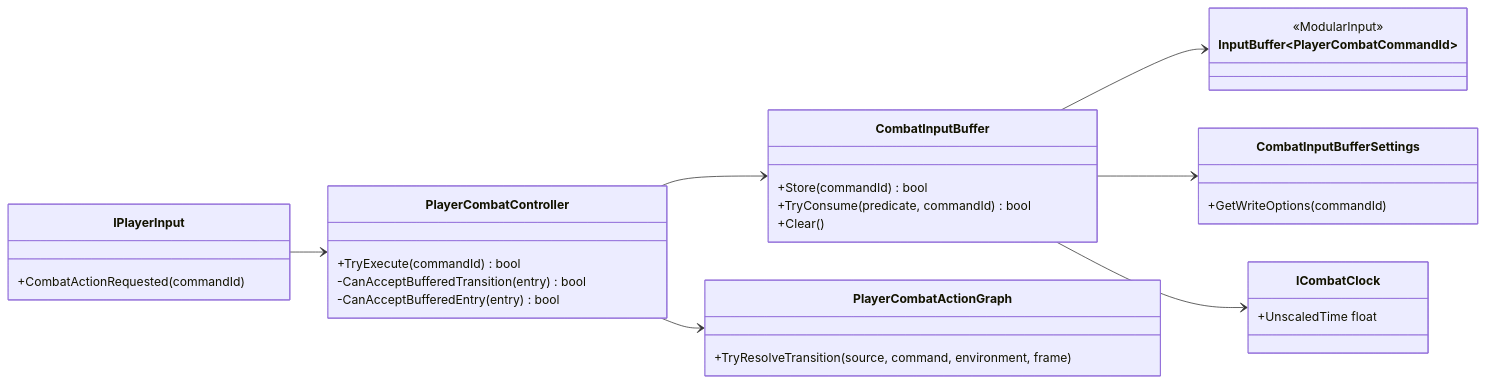
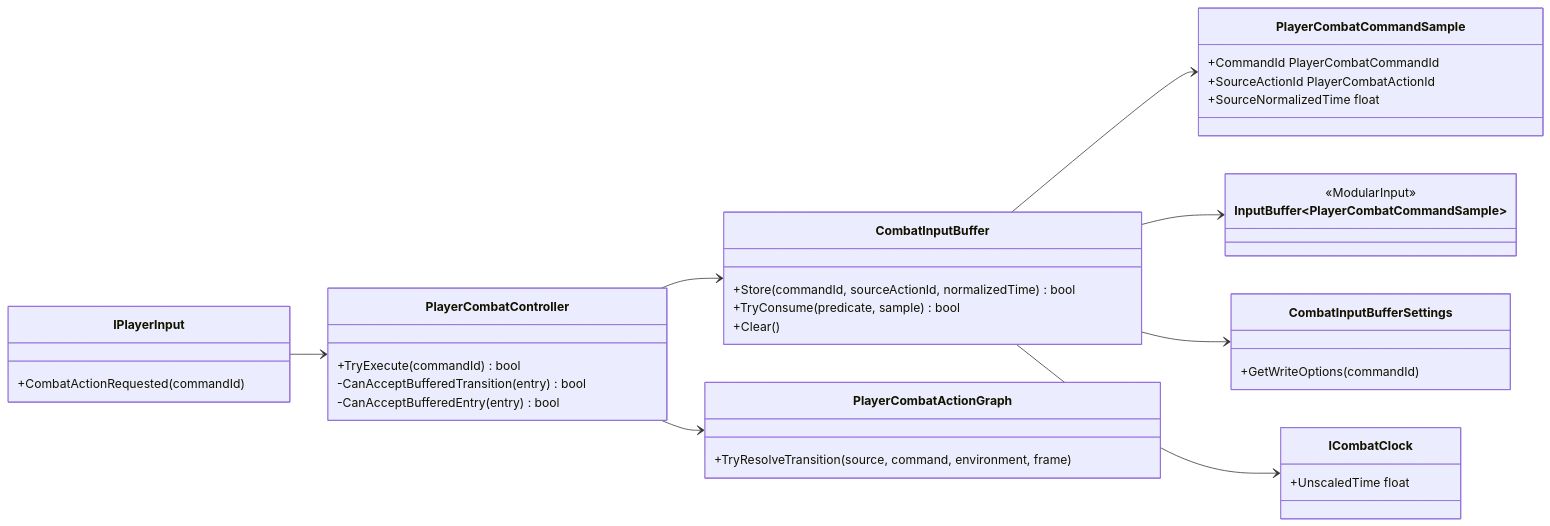
The diagram in Docs/Architecture/Combat.InputBuffer.md (MaximFonariuc/project-s), drawn with Mermaid before and after one commit. The commit also changed other lines of this file and 12 other files, not shown here.

````diff
--- a/Docs/Architecture/Combat.InputBuffer.md
+++ b/Docs/Architecture/Combat.InputBuffer.md
@@ -9,37 +9,43 @@
 ```mermaid
 classDiagram
     direction LR
 
     class IPlayerInput {
         +CombatActionRequested(commandId)
     }
     class PlayerCombatController {
         +TryExecute(commandId) bool
         -CanAcceptBufferedTransition(entry) bool
         -CanAcceptBufferedEntry(entry) bool
     }
     class CombatInputBuffer {
-        +Store(commandId) bool
-        +TryConsume(predicate, commandId) bool
+        +Store(commandId, sourceActionId, normalizedTime) bool
+        +TryConsume(predicate, sample) bool
         +Clear()
+    }
+    class PlayerCombatCommandSample {
+        +CommandId PlayerCombatCommandId
+        +SourceActionId PlayerCombatActionId
+        +SourceNormalizedTime float
     }
     class CombatInputBufferSettings {
         +GetWriteOptions(commandId)
     }
-    class InputBuffer~PlayerCombatCommandId~ {
+    class InputBuffer~PlayerCombatCommandSample~ {
         <<ModularInput>>
     }
     class PlayerCombatActionGraph {
         +TryResolveTransition(source, command, environment, frame)
     }
     class ICombatClock {
         +UnscaledTime float
     }
 
     IPlayerInput --> PlayerCombatController
     PlayerCombatController --> CombatInputBuffer
     PlayerCombatController --> PlayerCombatActionGraph
-    CombatInputBuffer --> InputBuffer~PlayerCombatCommandId~
+    CombatInputBuffer --> PlayerCombatCommandSample
+    CombatInputBuffer --> InputBuffer~PlayerCombatCommandSample~
     CombatInputBuffer --> CombatInputBufferSettings
     CombatInputBuffer --> ICombatClock
 ```
````
